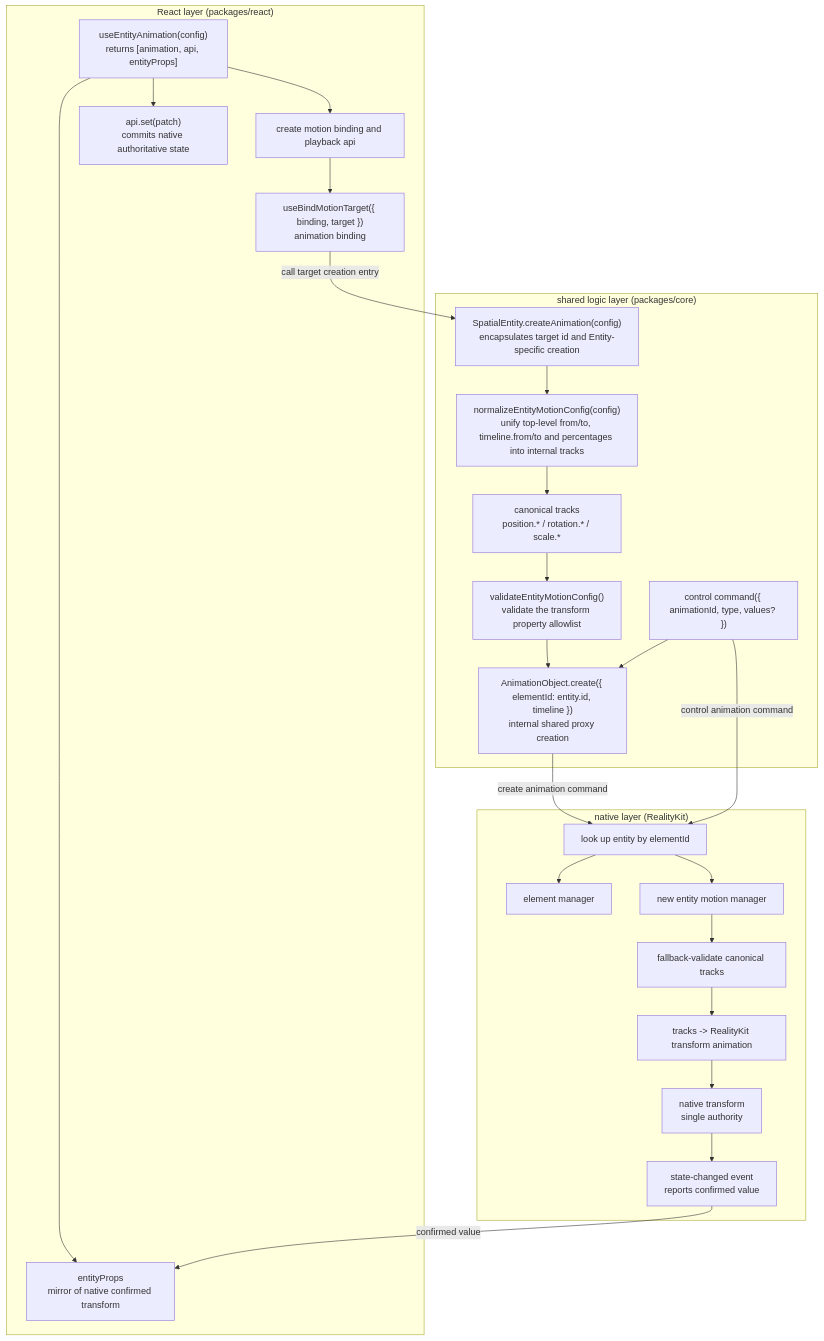
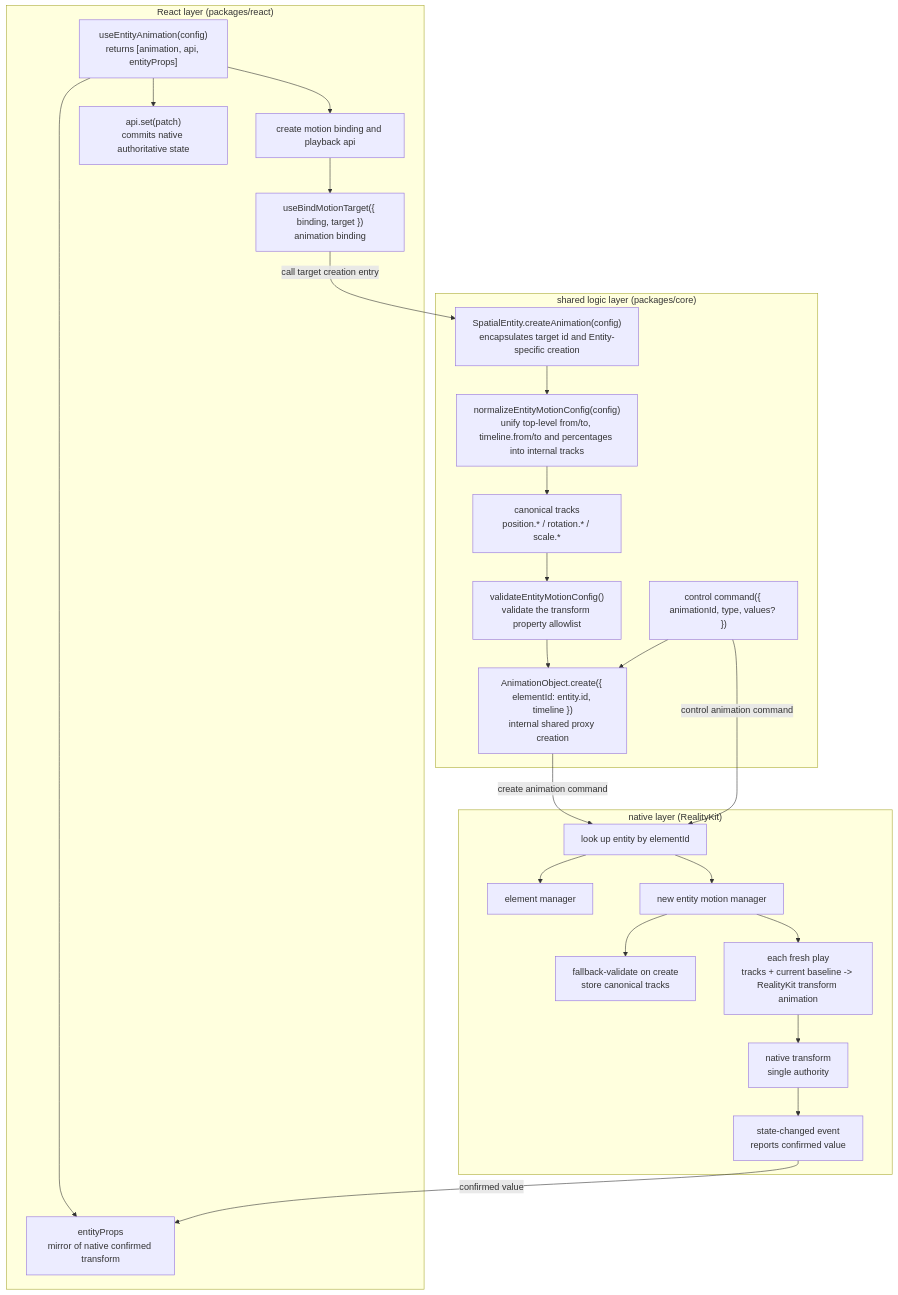
One commit to webspatial/webspatial-sdk changed the first of 14 diagrams in openspec/changes/redesign-entity-motion-api/design.md. Above: the diagram before and after it, drawn with Mermaid. The commit also changed other lines of this file and 7 other files, not shown here.

````diff
--- a/openspec/changes/redesign-entity-motion-api/design.md
+++ b/openspec/changes/redesign-entity-motion-api/design.md
@@ -113,52 +114,52 @@
 ```mermaid
 flowchart TB
     subgraph React["React layer (packages/react)"]
         UseEntity["useEntityAnimation(config)<br/>returns [animation, api, entityProps]"]
         ReactBinding["create motion binding and playback api"]
         EntityProps["entityProps<br/>mirror of native confirmed transform"]
         ApiSet["api.set(patch)<br/>commits native authoritative state"]
         BindTarget["useBindMotionTarget({ binding, target })<br/>animation binding"]
 
         UseEntity --> ReactBinding
         UseEntity --> EntityProps
         UseEntity --> ApiSet
         ReactBinding --> BindTarget
     end
 
     subgraph Core["shared logic layer (packages/core)"]
         EntityCreate["SpatialEntity.createAnimation(config)<br/>encapsulates target id and Entity-specific creation"]
         Normalize["normalizeEntityMotionConfig(config)<br/>unify top-level from/to, timeline.from/to and percentages into internal tracks"]
         Tracks["canonical tracks<br/>position.* / rotation.* / scale.*"]
         Validate["validateEntityMotionConfig()<br/>validate the transform property allowlist"]
         CreateObject["AnimationObject.create({ elementId: entity.id, timeline })<br/>internal shared proxy creation"]
         ControlObject["control command({ animationId, type, values? })"]
 
         EntityCreate --> Normalize
         Normalize --> Tracks
         Tracks --> Validate
         Validate --> CreateObject
         ControlObject --> CreateObject
     end
 
     subgraph Native["native layer (RealityKit)"]
         Resolve["look up entity by elementId"]
         ElementAdapter["element manager"]
         EntityManager["new entity motion manager"]
-        NativeValidate["fallback-validate canonical tracks"]
-        Compile["tracks -> RealityKit transform animation"]
+        NativeValidate["fallback-validate on create<br/>store canonical tracks"]
+        Compile["each fresh play<br/>tracks + current baseline -> RealityKit transform animation"]
         Authority["native transform<br/>single authority"]
         Event["state-changed event<br/>reports confirmed value"]
 
         Resolve --> ElementAdapter
         Resolve --> EntityManager
         EntityManager --> NativeValidate
-        NativeValidate --> Compile
+        EntityManager --> Compile
         Compile --> Authority
         Authority --> Event
     end
 
     BindTarget -->|"call target creation entry"| EntityCreate
     CreateObject -->|"create animation command"| Resolve
     ControlObject -->|"control animation command"| Resolve
     Event -->|"confirmed value"| EntityProps
 ```
````
